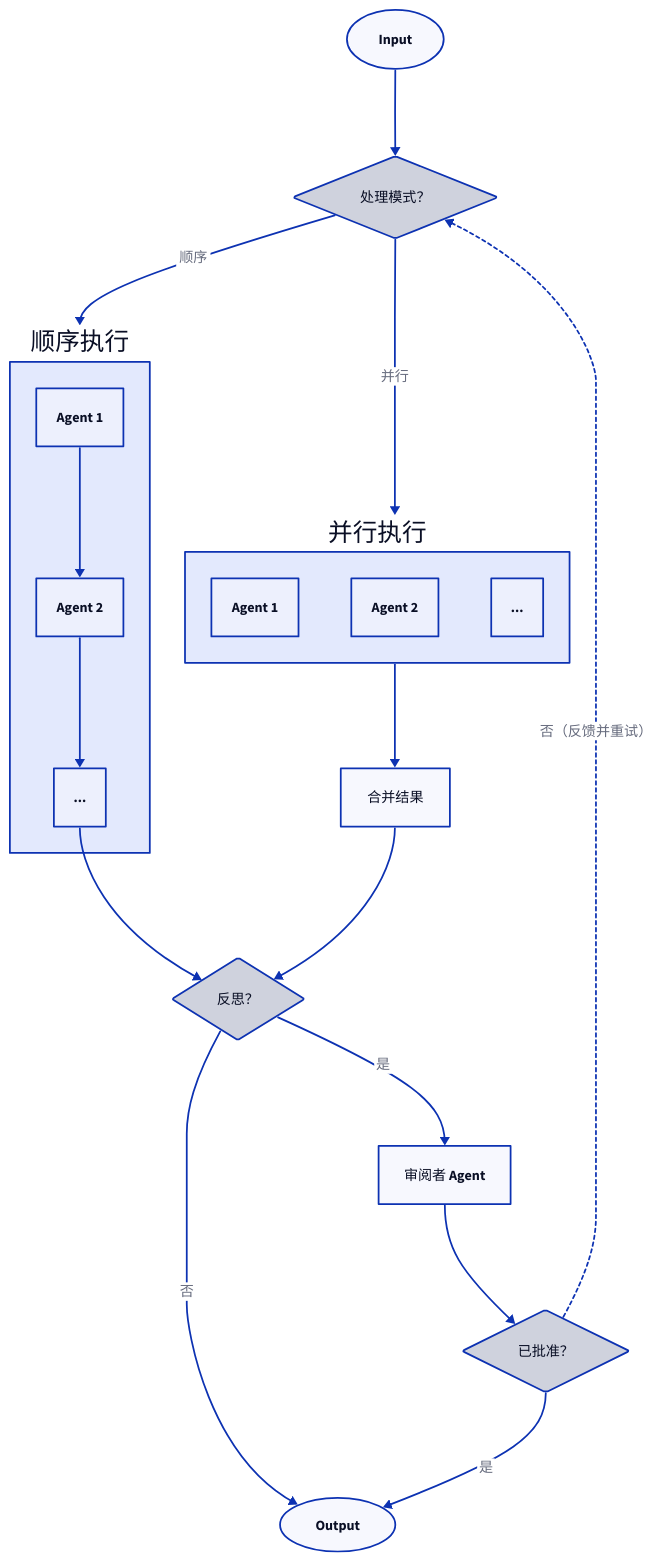
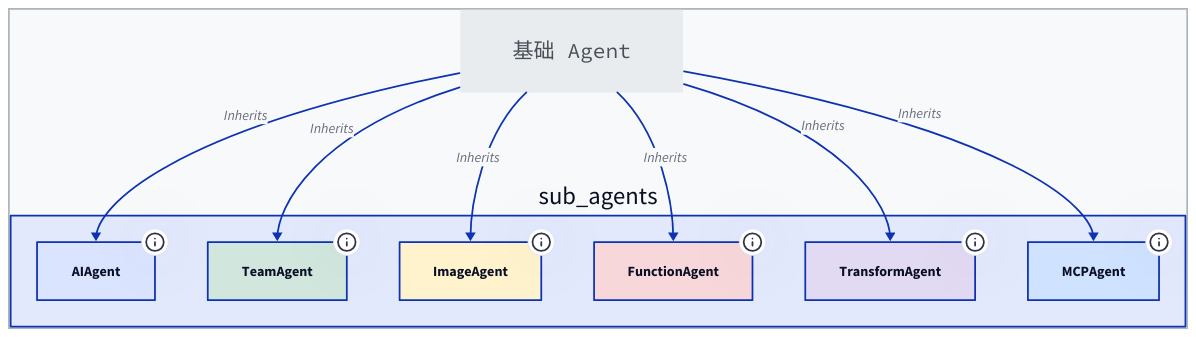
One commit to AIGNE-io/aigne-framework changed the diagram in .aigne/doc-smith/docs/developer-guide-agents.zh.md. Above: the diagram before and after it, drawn with D2. The commit also changed other lines of this file and 191 other files, not shown here.

````diff
--- a/.aigne/doc-smith/docs/developer-guide-agents.zh.md
+++ b/.aigne/doc-smith/docs/developer-guide-agents.zh.md
@@ -16,61 +7,58 @@
 ```d2
 direction: down
-
-Input: { shape: oval }
-
-Mode-Selection: {
-  label: "处理模式？"
-  shape: diamond
+style: {
+  font-size: 14
+  stroke-width: 2
+  fill: "#f8f9fa"
+  stroke: "#adb5bd"
 }
 
-Sequential-Execution: {
-  label: "顺序执行"
-  Agent-1: "Agent 1"
-  Agent-2: "Agent 2"
-  Agent-N: "..."
-  Agent-1 -> Agent-2 -> Agent-N
+Agent: {
+  label: "基础 Agent"
+  shape: class
+  style: {
+    fill: "#e9ecef"
+    stroke: "#495057"
+  }
 }
 
-Parallel-Execution: {
-  label: "并行执行"
-  p-agent-1: "Agent 1"
-  p-agent-2: "Agent 2"
-  p-agent-n: "..."
+sub_agents: {
+  AIAgent: {
+    label: "AIAgent"
+    tooltip: "与语言模型交互"
+    style: { fill: "#dbe4ff" }
+  }
+  TeamAgent: {
+    label: "TeamAgent"
+    tooltip: "编排多个 Agent"
+    style: { fill: "#d1e7dd" }
+  }
+  ImageAgent: {
+    label: "ImageAgent"
+    tooltip: "生成图像"
+    style: { fill: "#fff3cd" }
+  }
+  FunctionAgent: {
+    label: "FunctionAgent"
+    tooltip: "包装自定义代码"
+    style: { fill: "#f8d7da" }
+  }
+  TransformAgent: {
+    label: "TransformAgent"
+    tooltip: "执行数据映射"
+    style: { fill: "#e2d9f3" }
+  }
+  MCPAgent: {
+    label: "MCPAgent"
+    tooltip: "连接到外部 MCP 系统"
+    style: { fill: "#cfe2ff" }
+  }
 }
 
-Combine-Results: "合并结果"
-
-Reflection-Check: {
-  label: "反思？"
-  shape: diamond
-}
-
-Reviewer: {
-  label: "审阅者 Agent"
-}
-
-Approval-Check: {
-  label: "已批准？"
-  shape: diamond
-}
-
-Output: { shape: oval }
-
-Input -> Mode-Selection
-
-Mode-Selection -> Sequential-Execution: "顺序"
-Mode-Selection -> Parallel-Execution: "并行"
-
-Sequential-Execution.Agent-N -> Reflection-Check
-Parallel-Execution -> Combine-Results
-Combine-Results -> Reflection-Check
-
-Reflection-Check -> Output: "否"
-Reflection-Check -> Reviewer: "是"
-
-Reviewer -> Approval-Check
-Approval-Check -> Output: "是"
-Approval-Check -> Mode-Selection: "否（反馈并重试）" {
-  style.stroke-dash: 2
-}
+Agent -> sub_agents.AIAgent: Inherits
+Agent -> sub_agents.TeamAgent: Inherits
+Agent -> sub_agents.ImageAgent: Inherits
+Agent -> sub_agents.FunctionAgent: Inherits
+Agent -> sub_agents.TransformAgent: Inherits
+Agent -> sub_agents.MCPAgent: Inherits
 ```
````
